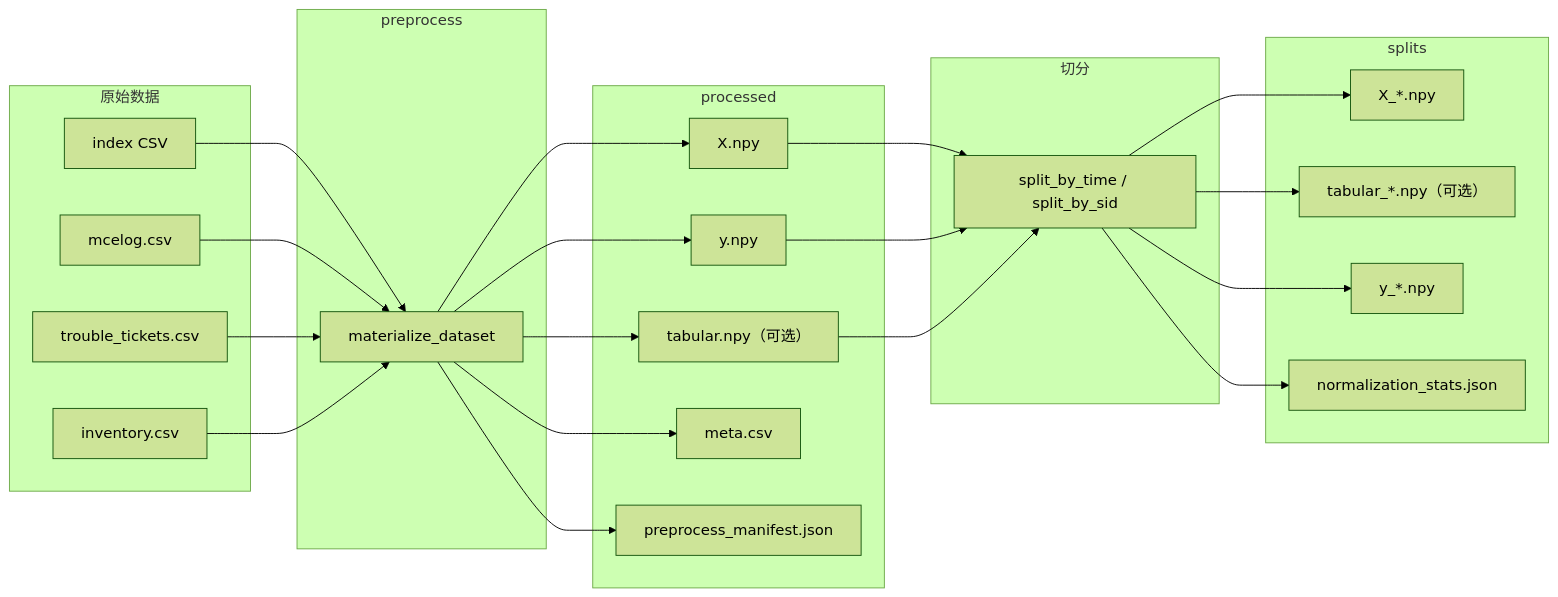
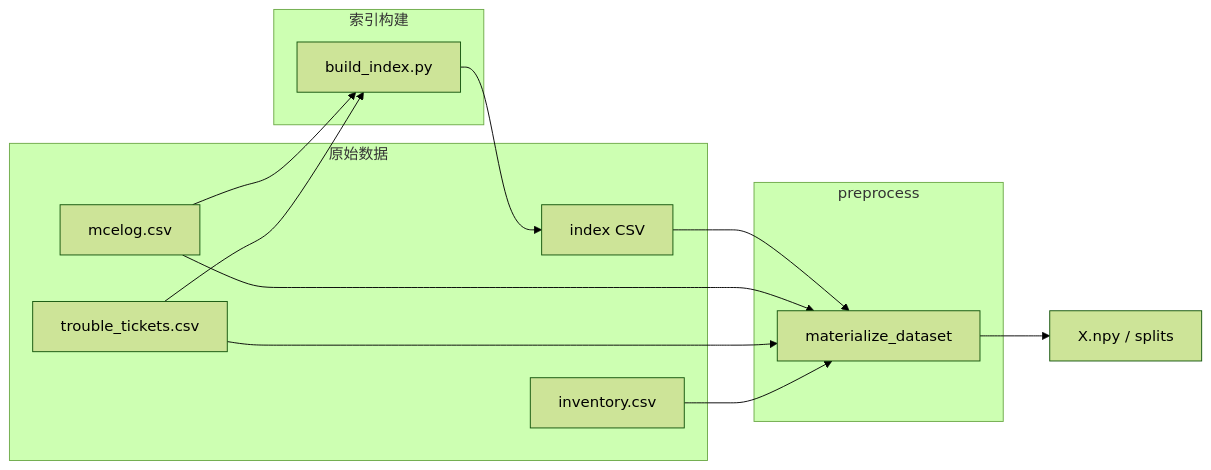
The diagram in README.md (amunlau/dram_cnn), drawn with Mermaid (forest theme) before and after one commit. The commit also changed other lines of this file and 97 other files, not shown here.

````diff
--- a/README.md
+++ b/README.md
@@ -37,38 +35,23 @@
 ```mermaid
 flowchart LR
   subgraph raw [原始数据]
     I[index CSV]
     M[mcelog.csv]
     T[trouble_tickets.csv]
     V[inventory.csv]
   end
+  subgraph idx [索引构建]
+    B[build_index.py]
+  end
   subgraph prep [preprocess]
     M1[materialize_dataset]
   end
-  subgraph out1 [processed]
-    Xn[X.npy]
-    yn[y.npy]
-    tn["tabular.npy（可选）"]
-    meta[meta.csv]
-    man[preprocess_manifest.json]
-  end
-  subgraph spl [切分]
-    S[split_by_time / split_by_sid]
-  end
-  subgraph out2 [splits]
-    Xt[X_*.npy]
-    tt["tabular_*.npy（可选）"]
-    yt[y_*.npy]
-    norm[normalization_stats.json]
-  end
+  M --> B
+  T --> B
+  B --> I
   I --> M1
   M --> M1
   T --> M1
   V --> M1
-  M1 --> Xn --> S --> Xt
-  M1 --> yn --> S --> yt
-  M1 --> tn --> S --> tt
-  M1 --> meta
-  M1 --> man
-  S --> norm
+  M1 --> Xn[X.npy / splits]
 ```
````
